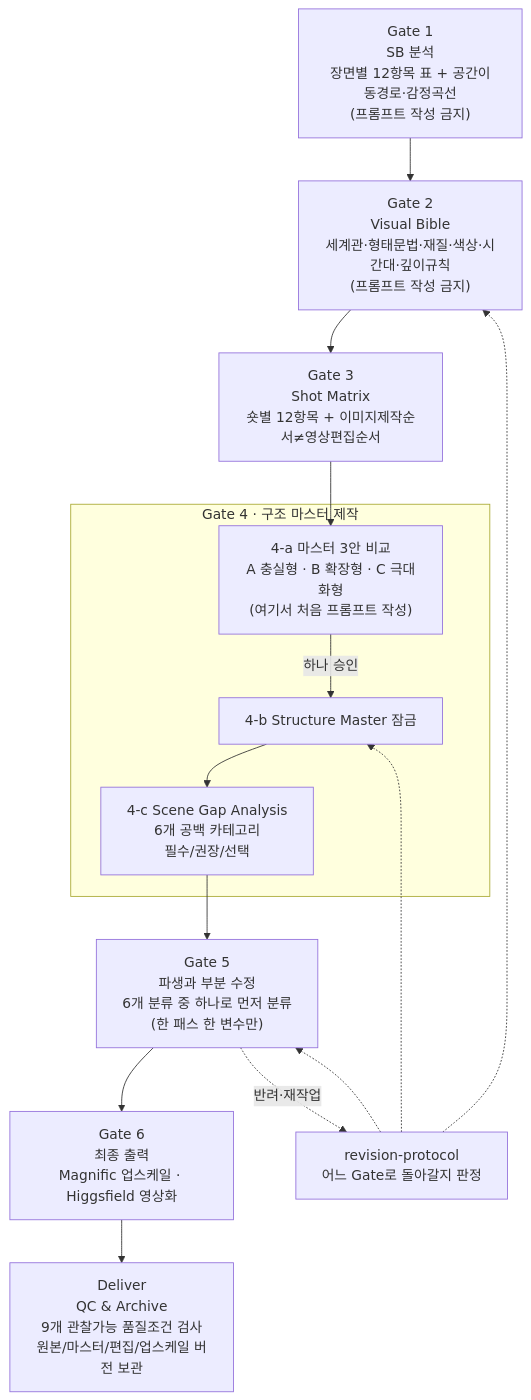
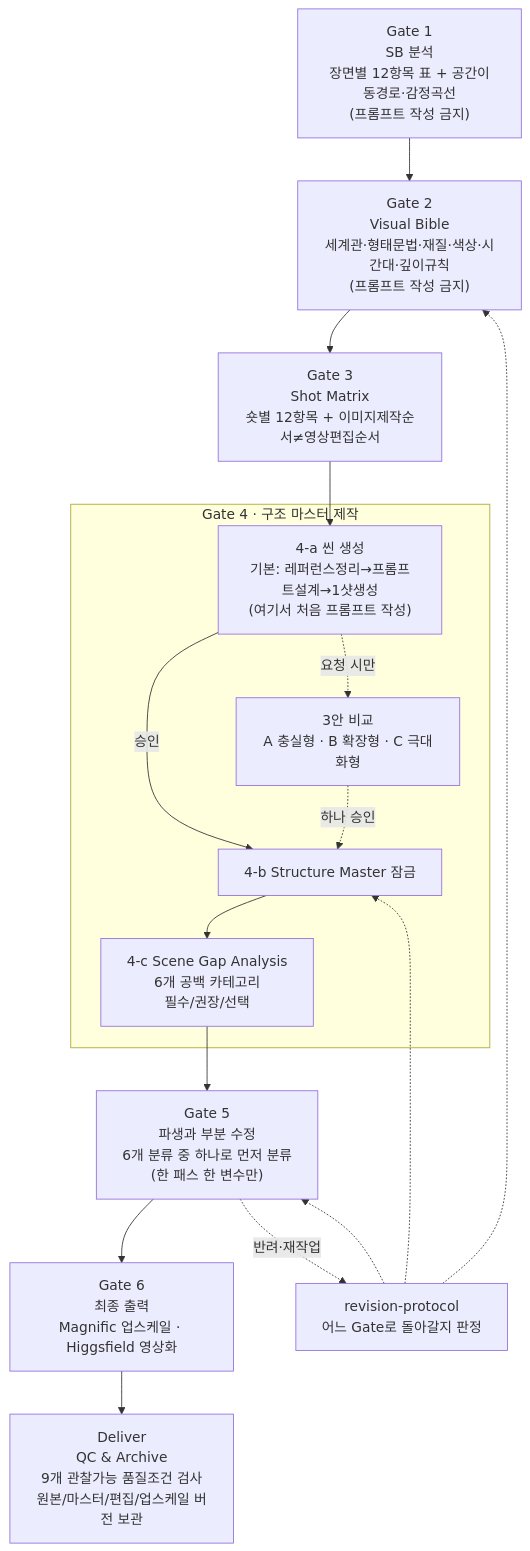
The diagram in .claude/skills/game-cinematic-image-prompter/references/00-workflow-diagram.md (hivelabeud-maker/max), drawn with Mermaid before and after one commit. The commit also changed other lines of this file and 12 other files, not shown here.

````diff
--- a/.claude/skills/game-cinematic-image-prompter/references/00-workflow-diagram.md
+++ b/.claude/skills/game-cinematic-image-prompter/references/00-workflow-diagram.md
@@ -5,24 +5,25 @@
 ```mermaid
 flowchart TD
     G1["Gate 1<br/>SB 분석<br/>장면별 12항목 표 + 공간이동경로·감정곡선<br/>(프롬프트 작성 금지)"] --> G2
     G2["Gate 2<br/>Visual Bible<br/>세계관·형태문법·재질·색상·시간대·깊이규칙<br/>(프롬프트 작성 금지)"] --> G3
     G3["Gate 3<br/>Shot Matrix<br/>숏별 12항목 + 이미지제작순서≠영상편집순서"] --> G4a
 
     subgraph GATE4["Gate 4 · 구조 마스터 제작"]
-        G4a["4-a 마스터 3안 비교<br/>A 충실형 · B 확장형 · C 극대화형<br/>(여기서 처음 프롬프트 작성)"] -->|하나 승인| G4b
+        G4a["4-a 씬 생성<br/>기본: 레퍼런스정리→프롬프트설계→1샷생성<br/>(여기서 처음 프롬프트 작성)"] -->|승인| G4b
+        G4a -.요청 시만.-> G4a3["3안 비교<br/>A 충실형 · B 확장형 · C 극대화형"] -.하나 승인.-> G4b
         G4b["4-b Structure Master 잠금"] --> G4c
         G4c["4-c Scene Gap Analysis<br/>6개 공백 카테고리<br/>필수/권장/선택"]
     end
 
     G4c --> G5
 
     G5["Gate 5<br/>파생과 부분 수정<br/>6개 분류 중 하나로 먼저 분류<br/>(한 패스 한 변수만)"] --> G6
 
     G6["Gate 6<br/>최종 출력<br/>Magnific 업스케일 · Higgsfield 영상화"] --> QC
     QC["Deliver<br/>QC & Archive<br/>9개 관찰가능 품질조건 검사<br/>원본/마스터/편집/업스케일 버전 보관"]
 
     G5 -.반려·재작업.-> REV["revision-protocol<br/>어느 Gate로 돌아갈지 판정"]
     REV -.-> G2
     REV -.-> G4b
     REV -.-> G5
 ```
````
